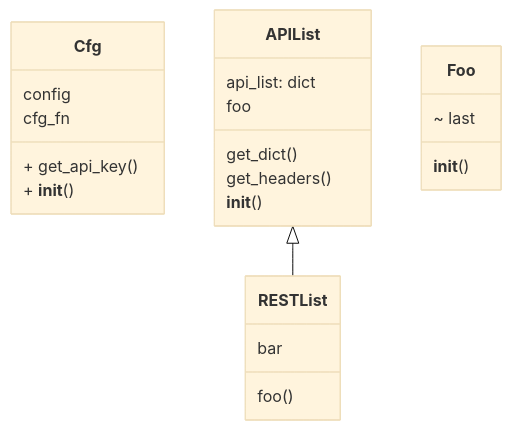
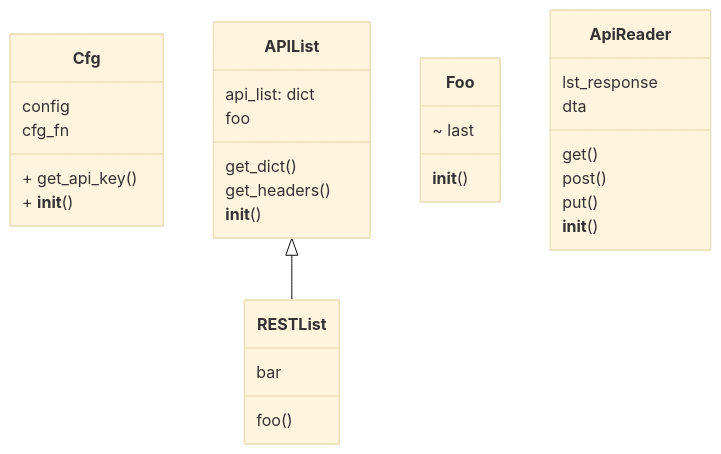
The first of 4 diagrams in doq/DAD.md (SchrodtSven/pyapi), drawn with Mermaid (base theme) before and after one commit. The commit also changed other lines of this file and 1 other file, not shown here.

Commit message:
Playing with diff. ways of UML diagram generation

````diff
--- a/doq/DAD.md
+++ b/doq/DAD.md
@@ -4,30 +4,39 @@
 ```mermaid
 classDiagram
 
 class Cfg {
       config
       cfg_fn
     + get_api_key()
       
     + __init__()
 }
 class APIList {
     api_list: dict
     foo
     get_dict()
     get_headers()
         __init__()
 }
 class Foo {
         ~ last
     __init__()
 }
 
+class ApiReader {
+    get()
+    post()
+    put()
+        lst_response
+    dta
+    __init__()
+}
+
 class RESTList {
     foo()
         bar
 }   
 
 APIList <|-- RESTList
 
 ```
````
